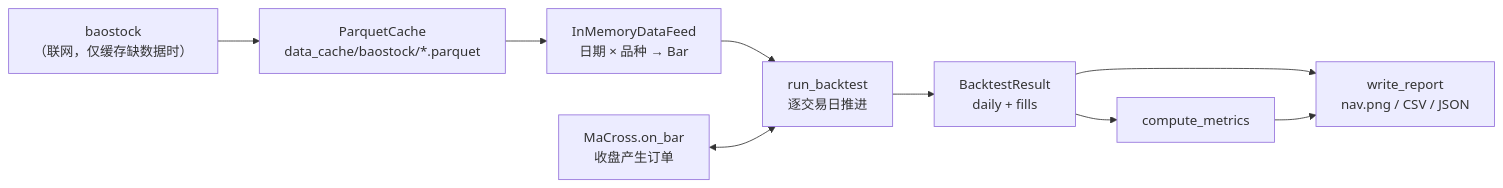
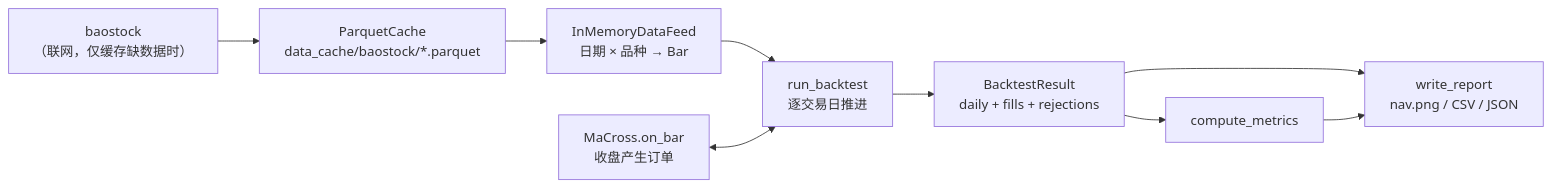
One commit to guevara12345/quant changed the first of 23 diagrams in docs/code-walkthrough.md. Above: the diagram before and after it, drawn with Mermaid. The commit also changed other lines of this file and 16 other files, not shown here.

````diff
--- a/docs/code-walkthrough.md
+++ b/docs/code-walkthrough.md
@@ -32,11 +32,11 @@
 ```mermaid
 flowchart LR
     A["baostock<br/>（联网，仅缓存缺数据时）"] --> B["ParquetCache<br/>data_cache/baostock/*.parquet"]
     B --> C["InMemoryDataFeed<br/>日期 × 品种 → Bar"]
     C --> D["run_backtest<br/>逐交易日推进"]
     E["MaCross.on_bar<br/>收盘产生订单"] <--> D
-    D --> F["BacktestResult<br/>daily + fills"]
+    D --> F["BacktestResult<br/>daily + fills + rejections"]
     F --> G["compute_metrics"]
     F --> H["write_report<br/>nav.png / CSV / JSON"]
     G --> H
 ```
````
